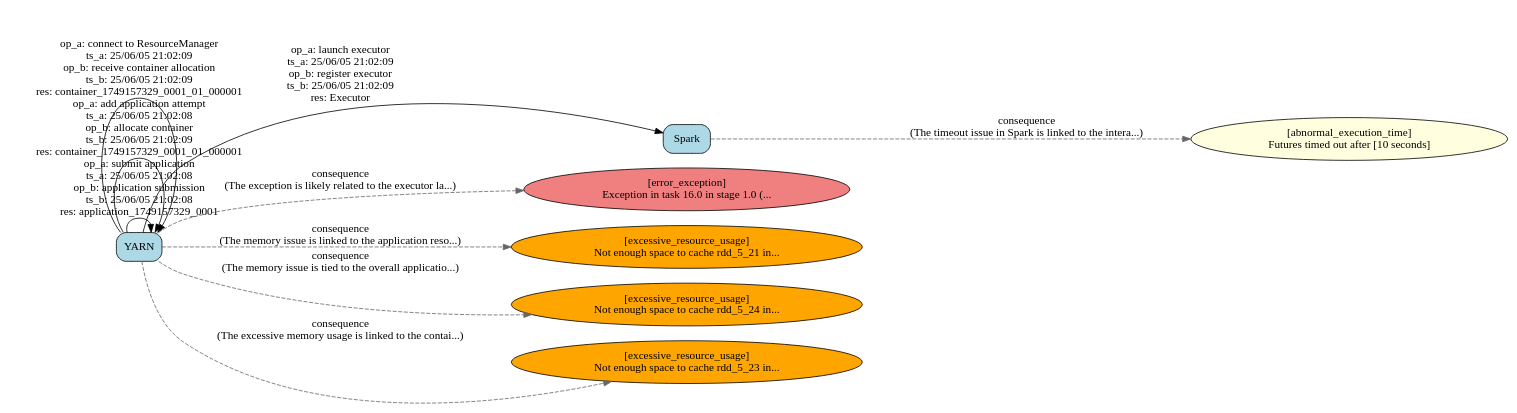
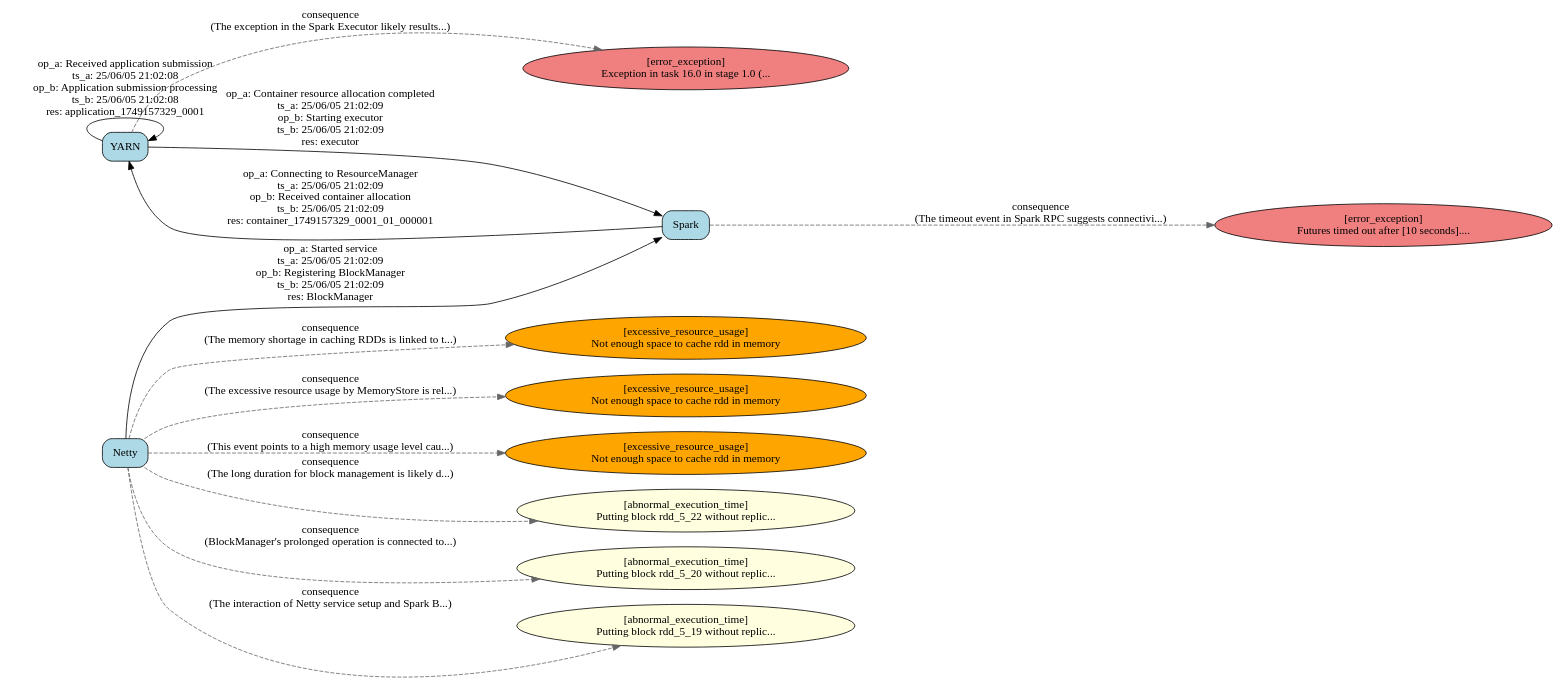
Before and after one commit to BU-EC528-Spring-2026/Distributed-Services-Dependency-Discovery-from-Log: the diagram in output/SPARK-22713/dependency_graph.dot, drawn with Graphviz. The commit also changed 9 other files, not shown here.

```diff
--- a/output/SPARK-22713/dependency_graph.dot
+++ b/output/SPARK-22713/dependency_graph.dot
@@ -1,47 +1,60 @@
 // Service Dependency Graph with Symptoms
 digraph {
 	rankdir=LR
 	node [fillcolor=lightblue shape=box style="rounded,filled"]
 	YARN [label=YARN]
-	YARN -> YARN [label="op_a: submit application
+	YARN -> YARN [label="op_a: Received application submission
 ts_a: 25/06/05 21:02:08
-op_b: application submission
+op_b: Application submission processing
 ts_b: 25/06/05 21:02:08
 res: application_1749157329_0001"]
-	YARN -> YARN [label="op_a: add application attempt
-ts_a: 25/06/05 21:02:08
-op_b: allocate container
+	Spark [label=Spark]
+	YARN -> Spark [label="op_a: Container resource allocation completed
+ts_a: 25/06/05 21:02:09
+op_b: Starting executor
+ts_b: 25/06/05 21:02:09
+res: executor"]
+	Spark -> YARN [label="op_a: Connecting to ResourceManager
+ts_a: 25/06/05 21:02:09
+op_b: Received container allocation
 ts_b: 25/06/05 21:02:09
 res: container_1749157329_0001_01_000001"]
-	YARN -> YARN [label="op_a: connect to ResourceManager
+	Netty [label=Netty]
+	Netty -> Spark [label="op_a: Started service
 ts_a: 25/06/05 21:02:09
-op_b: receive container allocation
+op_b: Registering BlockManager
 ts_b: 25/06/05 21:02:09
-res: container_1749157329_0001_01_000001"]
-	Spark [label=Spark]
-	YARN -> Spark [label="op_a: launch executor
-ts_a: 25/06/05 21:02:09
-op_b: register executor
-ts_b: 25/06/05 21:02:09
-res: Executor"]
+res: BlockManager"]
 	symptom_0 [label="[error_exception]
 Exception in task 16.0 in stage 1.0 (..." fillcolor=lightcoral shape=ellipse style=filled]
 	YARN -> symptom_0 [label="consequence
-(The exception is likely related to the executor la...)" color=gray40 style=dashed]
-	symptom_1 [label="[abnormal_execution_time]
-Futures timed out after [10 seconds]" fillcolor=lightyellow shape=ellipse style=filled]
+(The exception in the Spark Executor likely results...)" color=gray40 style=dashed]
+	symptom_1 [label="[error_exception]
+Futures timed out after [10 seconds]...." fillcolor=lightcoral shape=ellipse style=filled]
 	Spark -> symptom_1 [label="consequence
-(The timeout issue in Spark is linked to the intera...)" color=gray40 style=dashed]
-	symptom_2 [label="[excessive_resource_usage]
-Not enough space to cache rdd_5_21 in..." fillcolor=orange shape=ellipse style=filled]
-	YARN -> symptom_2 [label="consequence
-(The memory issue is linked to the application reso...)" color=gray40 style=dashed]
-	symptom_3 [label="[excessive_resource_usage]
-Not enough space to cache rdd_5_24 in..." fillcolor=orange shape=ellipse style=filled]
-	YARN -> symptom_3 [label="consequence
-(The memory issue is tied to the overall applicatio...)" color=gray40 style=dashed]
-	symptom_4 [label="[excessive_resource_usage]
-Not enough space to cache rdd_5_23 in..." fillcolor=orange shape=ellipse style=filled]
-	YARN -> symptom_4 [label="consequence
-(The excessive memory usage is linked to the contai...)" color=gray40 style=dashed]
+(The timeout event in Spark RPC suggests connectivi...)" color=gray40 style=dashed]
+	symptom_2 [label="[abnormal_execution_time]
+Putting block rdd_5_22 without replic..." fillcolor=lightyellow shape=ellipse style=filled]
+	Netty -> symptom_2 [label="consequence
+(The long duration for block management is likely d...)" color=gray40 style=dashed]
+	symptom_3 [label="[abnormal_execution_time]
+Putting block rdd_5_20 without replic..." fillcolor=lightyellow shape=ellipse style=filled]
+	Netty -> symptom_3 [label="consequence
+(BlockManager's prolonged operation is connected to...)" color=gray40 style=dashed]
+	symptom_4 [label="[abnormal_execution_time]
+Putting block rdd_5_19 without replic..." fillcolor=lightyellow shape=ellipse style=filled]
+	Netty -> symptom_4 [label="consequence
+(The interaction of Netty service setup and Spark B...)" color=gray40 style=dashed]
+	symptom_5 [label="[excessive_resource_usage]
+Not enough space to cache rdd in memory" fillcolor=orange shape=ellipse style=filled]
+	Netty -> symptom_5 [label="consequence
+(The memory shortage in caching RDDs is linked to t...)" color=gray40 style=dashed]
+	symptom_6 [label="[excessive_resource_usage]
+Not enough space to cache rdd in memory" fillcolor=orange shape=ellipse style=filled]
+	Netty -> symptom_6 [label="consequence
+(The excessive resource usage by MemoryStore is rel...)" color=gray40 style=dashed]
+	symptom_7 [label="[excessive_resource_usage]
+Not enough space to cache rdd in memory" fillcolor=orange shape=ellipse style=filled]
+	Netty -> symptom_7 [label="consequence
+(This event points to a high memory usage level cau...)" color=gray40 style=dashed]
 }
```
